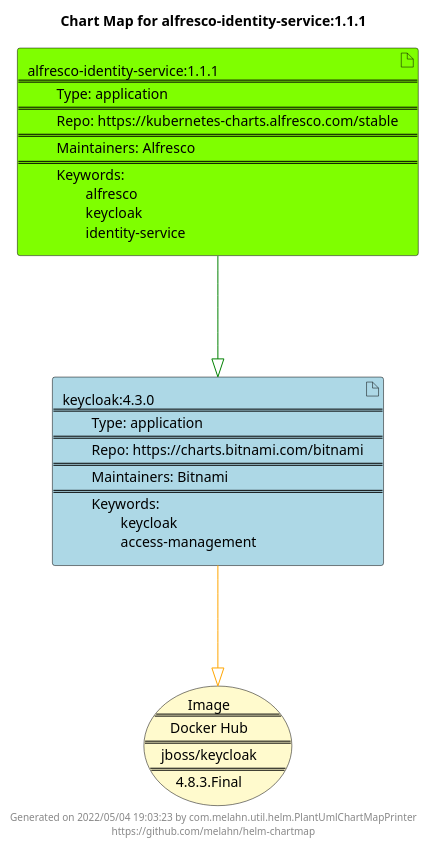
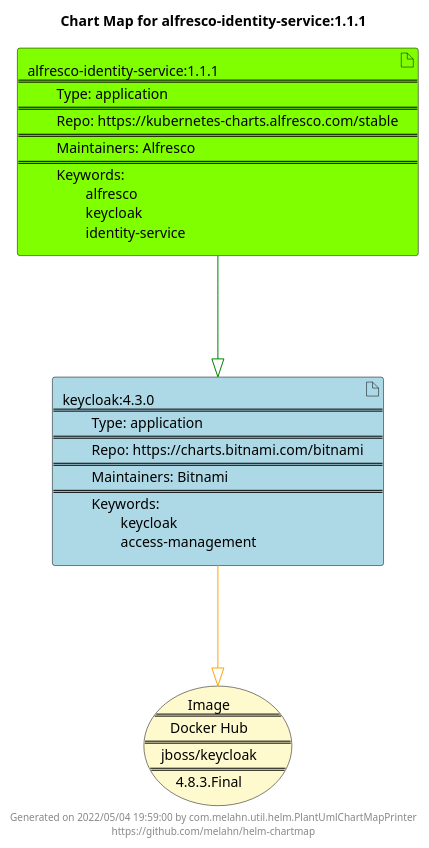
One commit to melahn/helm-chartmap changed the diagram in docs/alfresco-identity-service/alfresco-identity-service-1.1.1.puml. Above: the diagram before and after it, drawn with PlantUML. The commit also changed 56 other files, not shown here.

Commit message:
Update Example Chart Maps as part of GitHub build

```diff
--- a/docs/alfresco-identity-service/alfresco-identity-service-1.1.1.puml
+++ b/docs/alfresco-identity-service/alfresco-identity-service-1.1.1.puml
@@ -1,23 +1,23 @@
 @startuml
 skinparam linetype ortho
 skinparam backgroundColor white
 skinparam usecaseBorderColor black
 skinparam usecaseArrowColor LightSlateGray
 skinparam artifactBorderColor black
 skinparam artifactArrowColor LightSlateGray
 
 title Chart Map for alfresco-identity-service:1.1.1
 
 'There are 2 referenced Helm Charts
 artifact "alfresco-identity-service:1.1.1\n====\n\tType: application\n====\n\tRepo: https://kubernetes-charts.alfresco.com/stable\n====\n\tMaintainers: Alfresco\n====\n\tKeywords: \n\t\talfresco\n\t\tkeycloak\n\t\tidentity-service" as alfresco_identity_service_1_1_1 #Chartreuse
 artifact "keycloak:4.3.0\n====\n\tType: application\n====\n\tRepo: https://charts.bitnami.com/bitnami\n====\n\tMaintainers: Bitnami\n====\n\tKeywords: \n\t\tkeycloak\n\t\taccess-management" as keycloak_4_3_0 #LightBlue
 
 'There is one referenced Docker Image
 usecase "Image\n====\nDocker Hub\n====\njboss/keycloak\n====\n4.8.3.Final" as jboss_keycloak_4_8_3_Final #LemonChiffon
 
 'Chart Dependencies
 alfresco_identity_service_1_1_1--[#green]-|>keycloak_4_3_0
 keycloak_4_3_0--[#orange]-|>jboss_keycloak_4_8_3_Final
 
-center footer Generated on 2022/05/04 19:03:23 by com.melahn.util.helm.PlantUmlChartMapPrinter\nhttps://github.com/melahn/helm-chartmap
+center footer Generated on 2022/05/04 19:59:00 by com.melahn.util.helm.PlantUmlChartMapPrinter\nhttps://github.com/melahn/helm-chartmap
 @enduml
```
